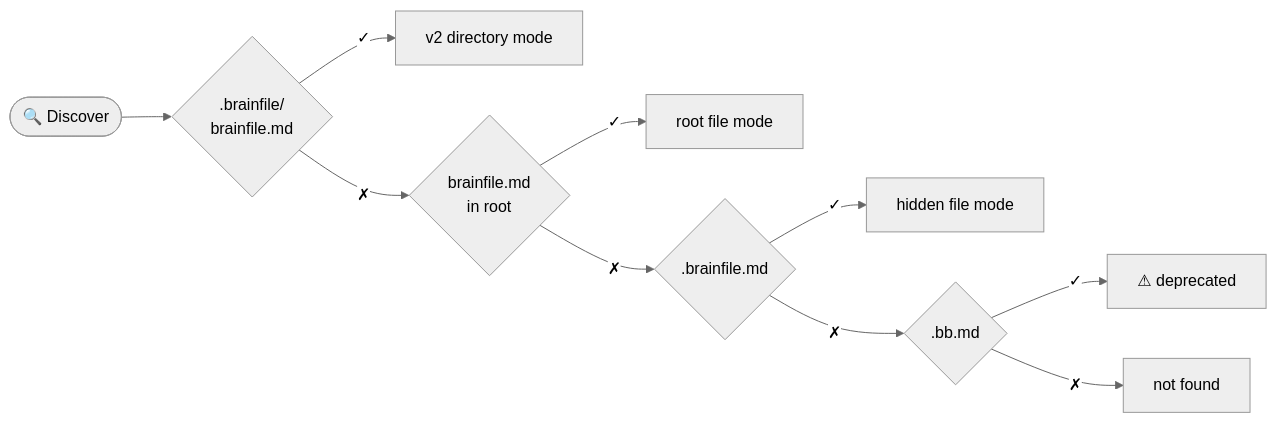
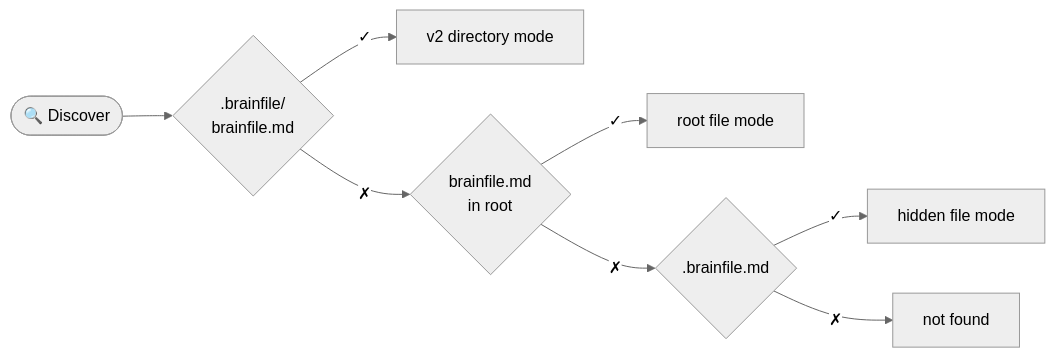
One commit to 1broseidon/brainfile changed the first of 2 diagrams in docs/reference/protocol.md. Above: the diagram before and after it, drawn with Mermaid (neutral theme). The commit also changed other lines of this file and 2 other files, not shown here.

Commit message:
remove .bb.md references from spec — no longer supported

````diff
--- a/docs/reference/protocol.md
+++ b/docs/reference/protocol.md
@@ -35,12 +34,10 @@
 ```mermaid
 flowchart LR
     Start(["🔍 Discover"]) --> A{".brainfile/<br/>brainfile.md"}
     A -->|"✓"| F1["v2 directory mode"]
     A -->|"✗"| B{"brainfile.md<br/>in root"}
     B -->|"✓"| F2["root file mode"]
     B -->|"✗"| C{".brainfile.md"}
     C -->|"✓"| F3["hidden file mode"]
-    C -->|"✗"| D{".bb.md"}
-    D -->|"✓"| F4["⚠ deprecated"]
-    D -->|"✗"| NF["not found"]
+    C -->|"✗"| NF["not found"]
 ```
````
